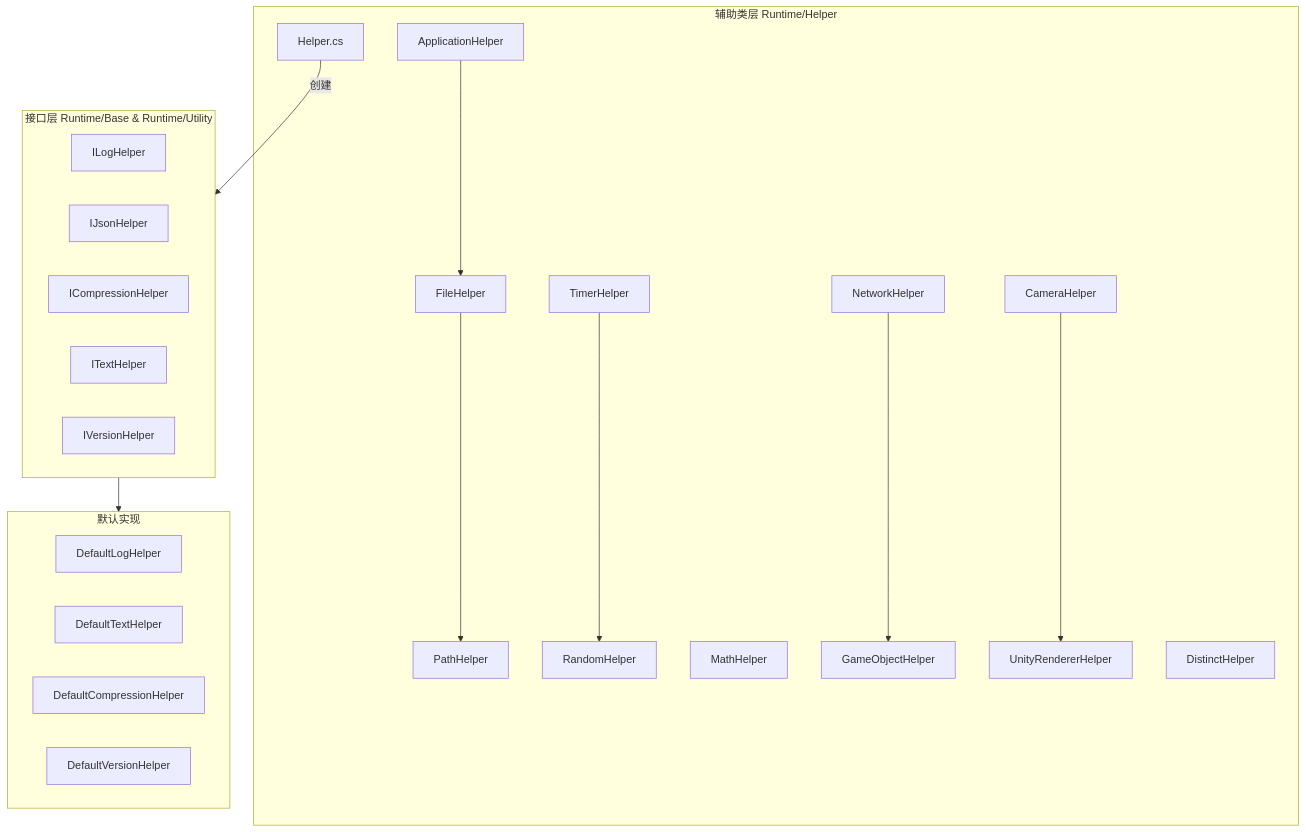
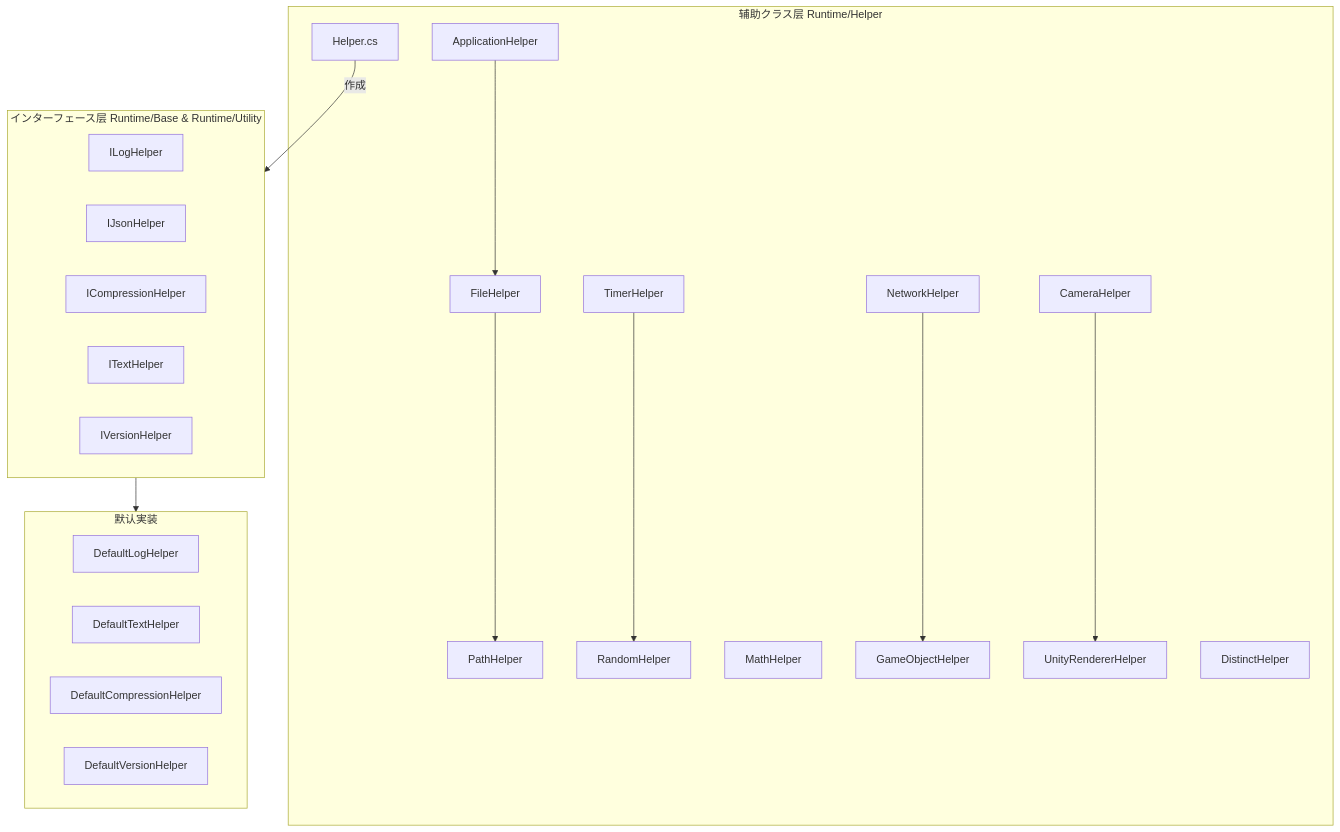
The diagram in docs/ja/client/unity/component/core/17.helper-classes.md (AlianBlank/GameFrameX.Docs), drawn with Mermaid before and after one commit. The commit also changed other lines of this file and 603 other files, not shown here.

````diff
--- a/docs/ja/client/unity/component/core/17.helper-classes.md
+++ b/docs/ja/client/unity/component/core/17.helper-classes.md
@@ -38,40 +38,40 @@
 ```mermaid
 graph TB
-    subgraph HelperLayer["辅助类层 Runtime/Helper"]
+    subgraph HelperLayer["辅助クラス层 Runtime/Helper"]
         H1[Helper.cs]
         H2[ApplicationHelper]
         H3[FileHelper]
         H4[PathHelper]
         H5[TimerHelper]
         H6[RandomHelper]
         H7[MathHelper]
         H8[NetworkHelper]
         H9[GameObjectHelper]
         H10[CameraHelper]
         H11[UnityRendererHelper]
         H12[DistinctHelper]
     end
 
-    subgraph InterfaceLayer["接口层 Runtime/Base & Runtime/Utility"]
+    subgraph InterfaceLayer["インターフェース层 Runtime/Base & Runtime/Utility"]
         I1[ILogHelper]
         I2[IJsonHelper]
         I3[ICompressionHelper]
         I4[ITextHelper]
         I5[IVersionHelper]
     end
 
-    subgraph DefaultImpl["默认实现"]
+    subgraph DefaultImpl["默认実装"]
         D1[DefaultLogHelper]
         D2[DefaultTextHelper]
         D3[DefaultCompressionHelper]
         D4[DefaultVersionHelper]
     end
 
-    H1 -->|创建| InterfaceLayer
+    H1 -->|作成| InterfaceLayer
     H2 --> H3
     H3 --> H4
     H5 --> H6
     H8 --> H9
     H10 --> H11
     InterfaceLayer --> DefaultImpl
 ```
````
